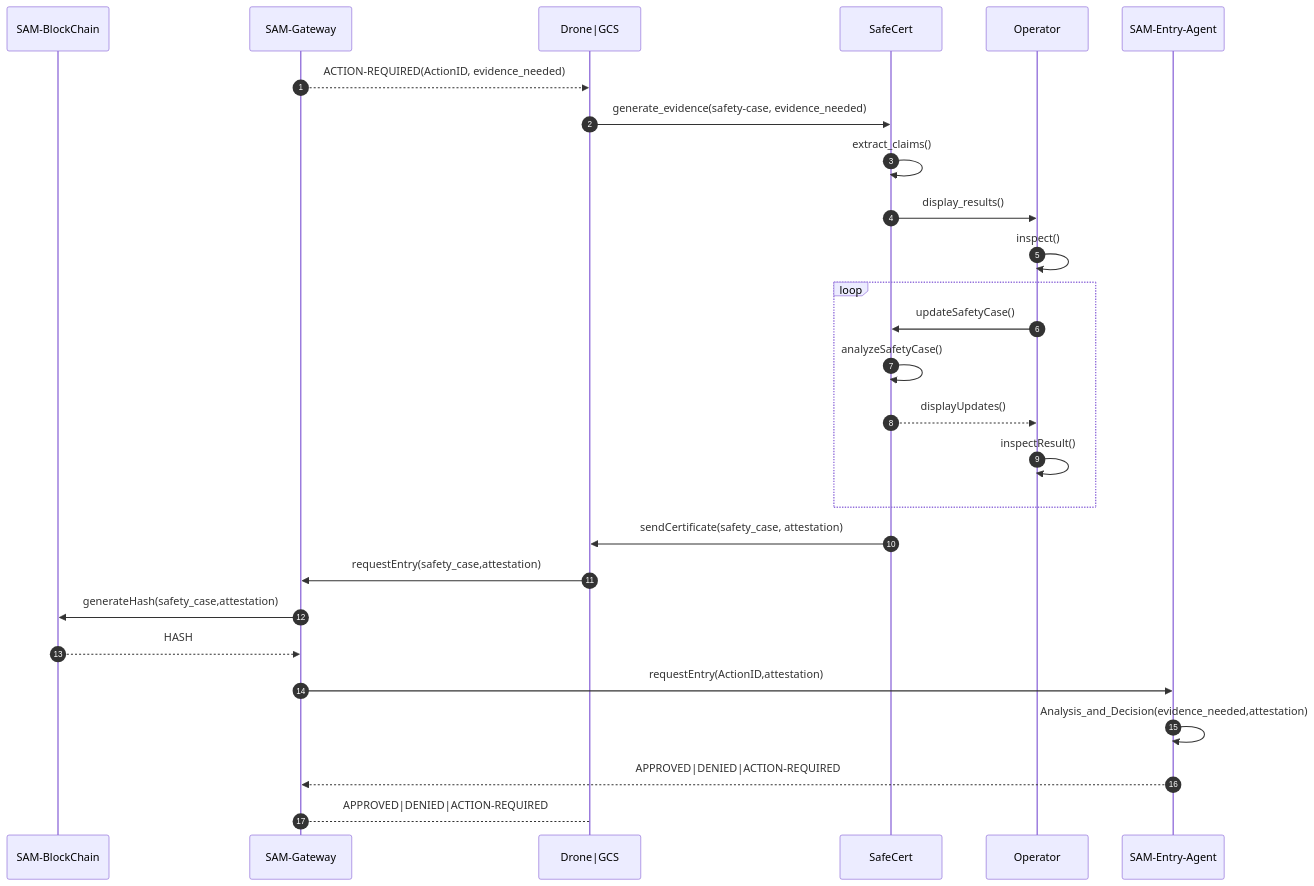
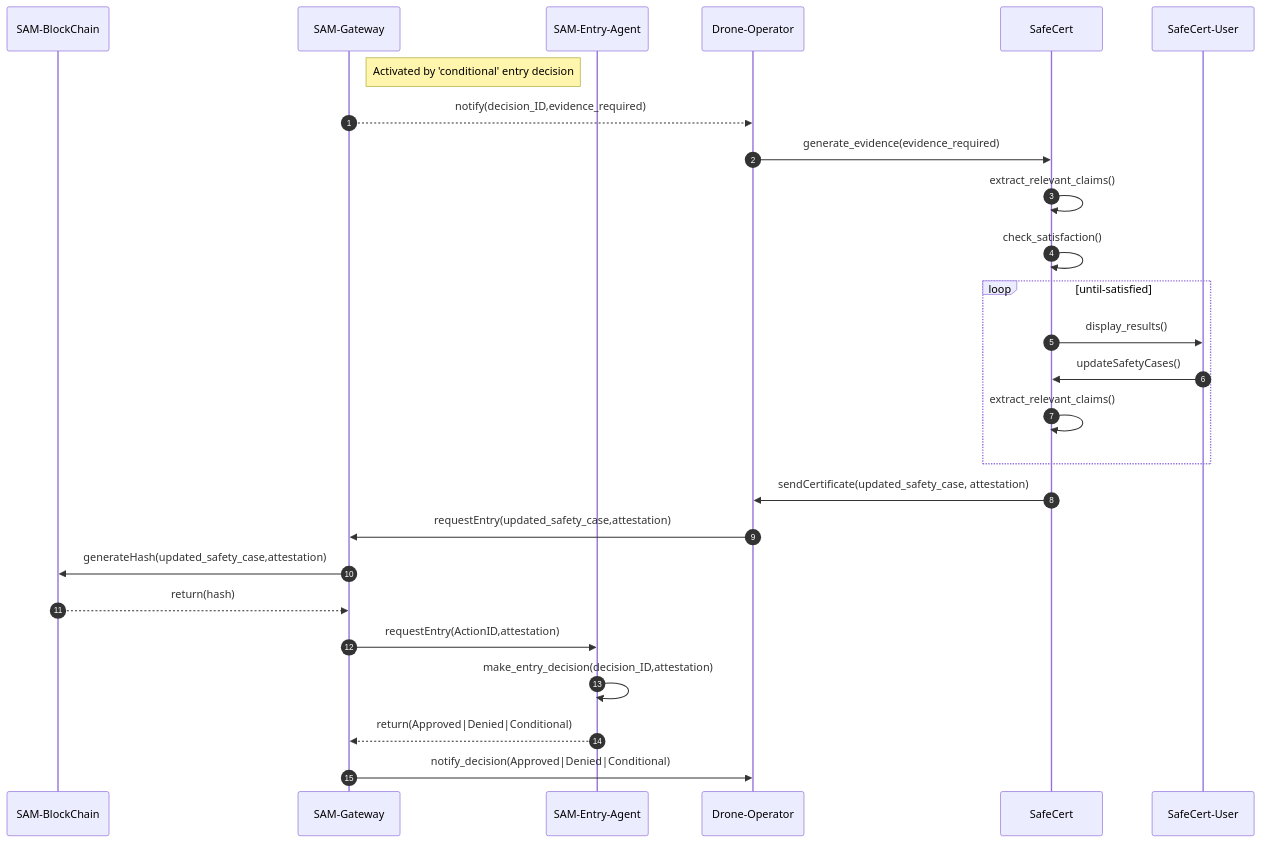
Before and after one commit to SADE-ZONE/workflows: the diagram in figures/svg/code_for_uml/generate_certificate.mmd, drawn with Mermaid. The commit also changed 5 other files, not shown here.

Commit message:
Updated sequence diagrams

```diff
--- a/figures/svg/code_for_uml/generate_certificate.mmd
+++ b/figures/svg/code_for_uml/generate_certificate.mmd
@@ -1,26 +1,26 @@
 sequenceDiagram
   autonumber
   participant SAM-BlockChain
   participant SAM-Gateway
-  participant Drone|GCS
+  participant SAM-Entry-Agent
+  participant Drone-Operator
   participant SafeCert
-  participant Operator
-  SAM-Gateway -->> Drone|GCS: ACTION-REQUIRED(ActionID, evidence_needed)
-  Drone|GCS->> SafeCert: generate_evidence(safety-case, evidence_needed)
-  SafeCert ->> SafeCert: extract_claims()
-  SafeCert ->> Operator: display_results()
-  Operator ->> Operator: inspect()
-  loop 
-    Operator->>SafeCert: updateSafetyCase()
-    SafeCert->>SafeCert: analyzeSafetyCase()
-    SafeCert -->> Operator: displayUpdates()
-    Operator ->> Operator: inspectResult()
+  participant SafeCert-User
+  Note right of SAM-Gateway: Activated by 'conditional' entry decision
+  SAM-Gateway -->> Drone-Operator: notify(decision_ID,evidence_required)
+  Drone-Operator ->> SafeCert: generate_evidence(evidence_required)
+  SafeCert ->> SafeCert: extract_relevant_claims()
+  SafeCert ->> SafeCert: check_satisfaction()
+  loop until-satisfied
+    SafeCert->>SafeCert-User: display_results()
+    SafeCert-User->>SafeCert: updateSafetyCases()
+    SafeCert ->> SafeCert: extract_relevant_claims()
   end
-  SafeCert ->> Drone|GCS: sendCertificate(safety_case, attestation)
-  Drone|GCS ->> SAM-Gateway: requestEntry(safety_case,attestation)
-  SAM-Gateway ->> SAM-BlockChain: generateHash(safety_case,attestation)
-  SAM-BlockChain -->> SAM-Gateway: HASH
+  SafeCert ->> Drone-Operator: sendCertificate(updated_safety_case, attestation)
+  Drone-Operator ->> SAM-Gateway: requestEntry(updated_safety_case,attestation)
+  SAM-Gateway ->> SAM-BlockChain: generateHash(updated_safety_case,attestation)
+  SAM-BlockChain -->> SAM-Gateway: return(hash)
   SAM-Gateway ->> SAM-Entry-Agent: requestEntry(ActionID,attestation)
-  SAM-Entry-Agent ->> SAM-Entry-Agent: Analysis_and_Decision(evidence_needed,attestation)
-  SAM-Entry-Agent -->>SAM-Gateway: APPROVED|DENIED|ACTION-REQUIRED
-  SAM-Gateway --> Drone|GCS: APPROVED|DENIED|ACTION-REQUIRED
+  SAM-Entry-Agent ->> SAM-Entry-Agent: make_entry_decision(decision_ID,attestation)
+  SAM-Entry-Agent -->>SAM-Gateway: return(Approved|Denied|Conditional)
+  SAM-Gateway ->> Drone-Operator: notify_decision(Approved|Denied|Conditional)
```
